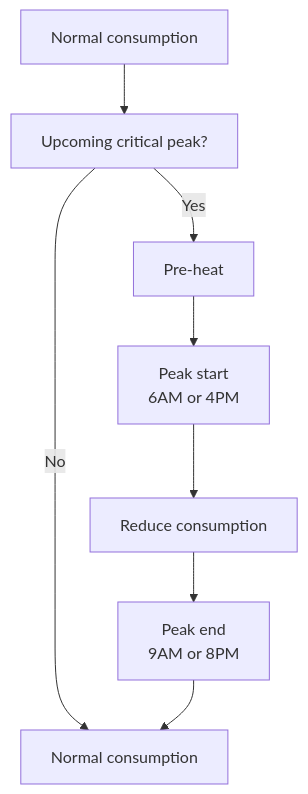
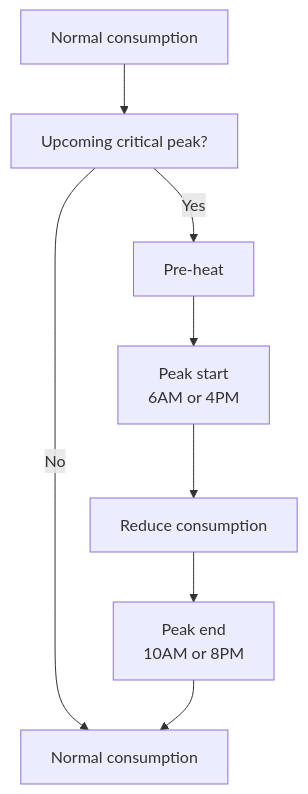
Before and after one commit to hydroqc/hydroqc.github.io: the first of 3 diagrams in content/en/docs/Dynamic Pricing/Winter Credits/optimization-logics.md, drawn with Mermaid. The commit also changed other lines of this file and 7 other files, not shown here.

````diff
--- a/content/en/docs/Dynamic Pricing/Winter Credits/optimization-logics.md
+++ b/content/en/docs/Dynamic Pricing/Winter Credits/optimization-logics.md
@@ -35,11 +40,11 @@
 ```mermaid
 graph TD
   NormalStart[Normal consumption] --> UpcomingCriticalPeak[Upcoming critical peak?]
   UpcomingCriticalPeak -->|Yes| PreHeatStart
   UpcomingCriticalPeak -->|No| NormalEnd
   PreHeatStart[Pre-heat]-->PeakStart
   PeakStart[Peak start<br/>6AM or 4PM] -->PeakLowCon[Reduce consumption]
   PeakLowCon --> PeakEnd
-  PeakEnd[Peak end<br/>9AM or 8PM] --> NormalEnd[Normal consumption]
+  PeakEnd[Peak end<br/>10AM or 8PM] --> NormalEnd[Normal consumption]
 
 ```
````
